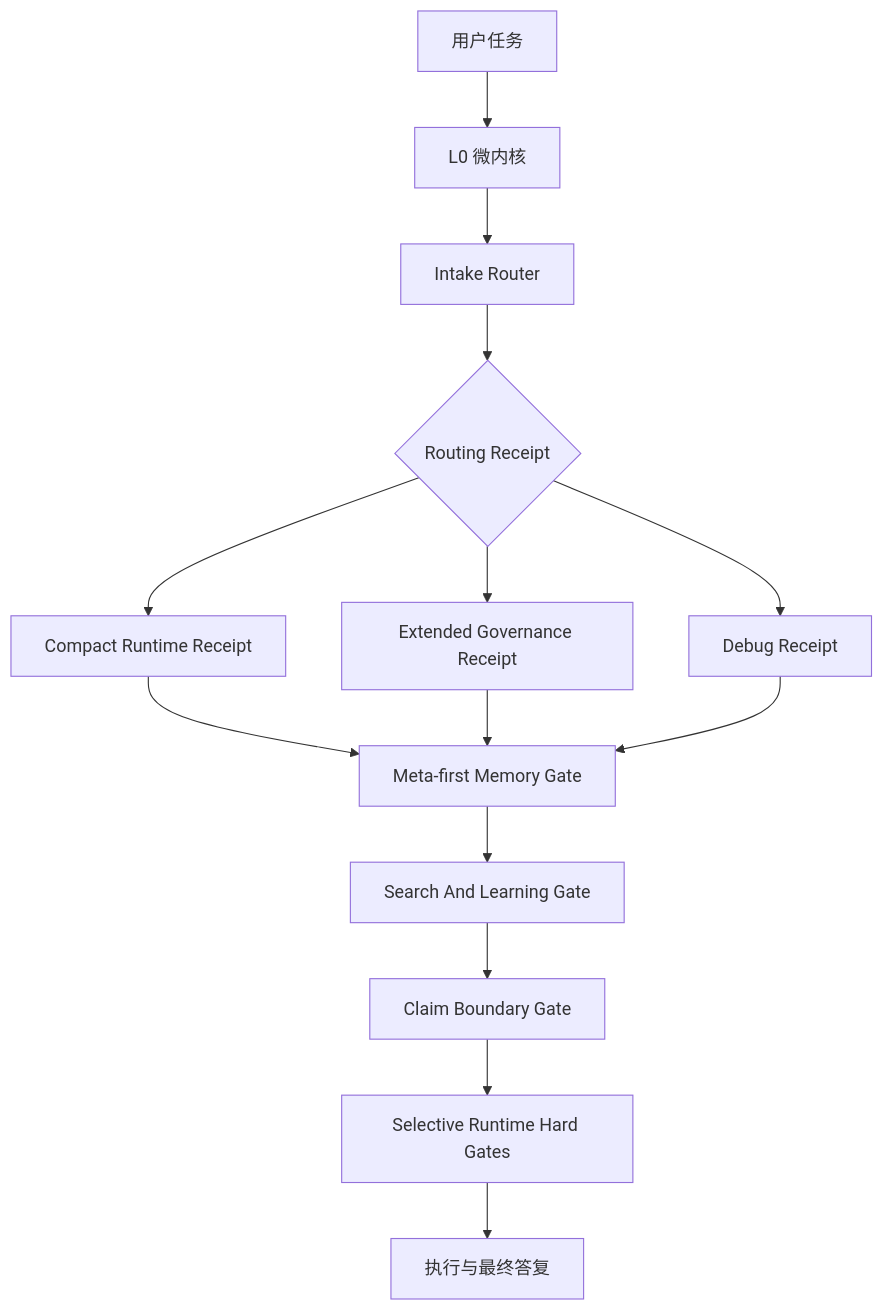
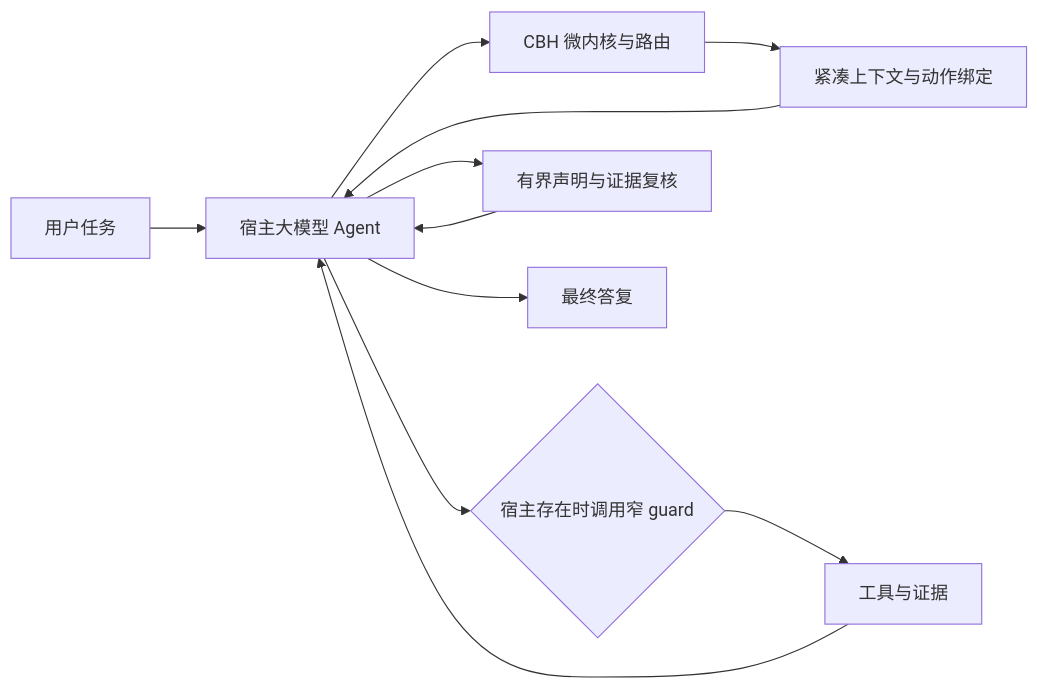
Before and after one commit to qimen039-code/claim-boundary-harness: the diagram in README_zh.md, drawn with Mermaid. The commit also changed other lines of this file and 24 other files, not shown here.

Commit message:
feat: release CBH v1.0.0 model-agent retrieval

````diff
--- a/README_zh.md
+++ b/README_zh.md
@@ -83,16 +85,13 @@
 ```mermaid
-flowchart TD
-    U[用户任务] --> K[L0 微内核]
-    K --> R[Intake Router]
-    R --> P{Routing Receipt}
-    P --> C[Compact Runtime Receipt]
-    P --> G[Extended Governance Receipt]
-    P --> D[Debug Receipt]
-    C --> M[Meta-first Memory Gate]
-    G --> M
-    D --> M
-    M --> S[Search And Learning Gate]
-    S --> Q[Claim Boundary Gate]
-    Q --> H[Selective Runtime Hard Gates]
-    H --> E[执行与最终答复]
+flowchart LR
+    U[用户任务] --> A[宿主大模型 Agent]
+    A --> R[CBH 微内核与路由]
+    R --> C[紧凑上下文与动作绑定]
+    C --> A
+    A --> H{宿主存在时调用窄 guard}
+    H --> T[工具与证据]
+    T --> A
+    A --> V[有界声明与证据复核]
+    V --> A
+    A --> F[最终答复]
 ```
````
